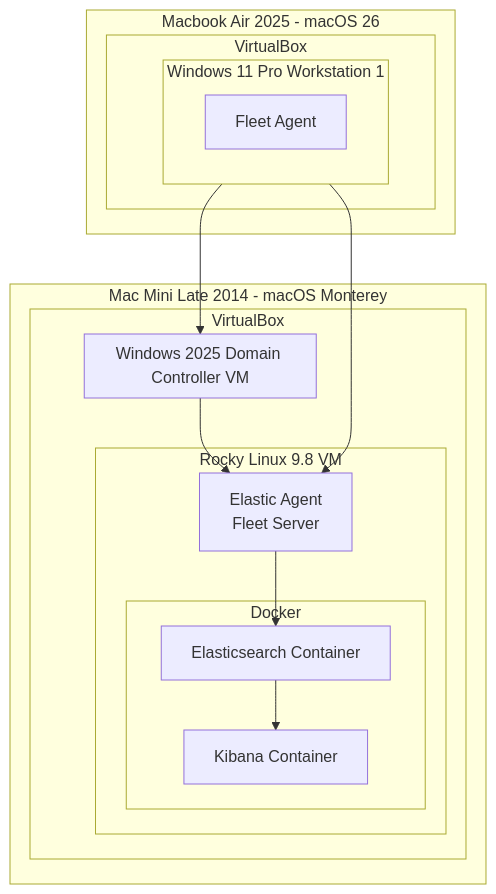
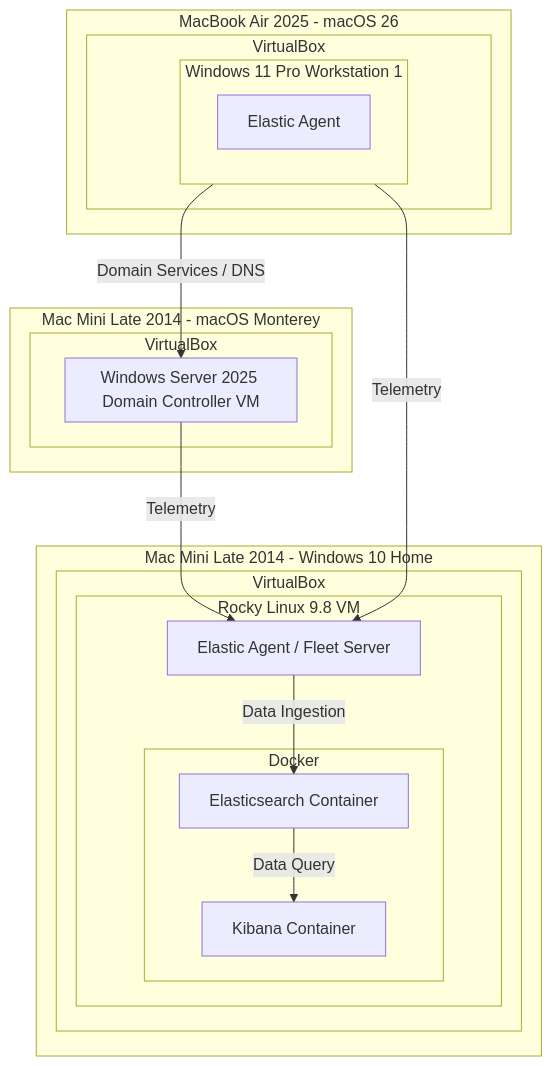
Before and after one commit to terhumphrey/enterprise-security-lab-nist-800-171: the second of 4 diagrams in 01-Architecture.md, drawn with Mermaid. The commit also changed other lines of this file, not shown here.

````diff
--- a/01-Architecture.md
+++ b/01-Architecture.md
@@ -123,29 +137,36 @@
 ```mermaid
 graph TD
-	subgraph MacMini[Mac Mini Late 2014 - macOS Monterey]
-  		subgraph VBOX[VirtualBox]
-  			subgraph ElasticStackVM[Rocky Linux 9.8 VM]
-  				subgraph DockerEngine[Docker]
-  					ES[Elasticsearch Container]
-  					Kibana[Kibana Container]
-  				end
-  				Fleet["Elastic Agent<br/>Fleet Server"]
-  			end
-  			subgraph Win25DC[Windows 2025 Domain Controller VM]
-  			end
-  		end
- 	end
-	subgraph MBA[Macbook Air 2025 - macOS 26]
-		subgraph VBOX2[VirtualBox]
-			subgraph Win11Pro1[Windows 11 Pro Workstation 1]
-				W11P1AG[Fleet Agent]
-			end
-		end
-	end
-	
-	Win11Pro1 --> Win25DC	
-	Win11Pro1 --> Fleet
-	Win25DC --> Fleet
-	Fleet --> ES
-	ES --> Kibana
+
+    subgraph WindowsMacMini["Mac Mini Late 2014 - Windows 10 Home"]
+        subgraph VBOX_ELK["VirtualBox"]
+            subgraph ElasticStackVM["Rocky Linux 9.8 VM"]
+                subgraph DockerEngine["Docker"]
+                    ES["Elasticsearch Container"]
+                    Kibana["Kibana Container"]
+                end
+                Fleet["Elastic Agent / Fleet Server"]
+            end
+        end
+    end
+
+    subgraph MacMini2014["Mac Mini Late 2014 - macOS Monterey"]
+        subgraph VBOX_DC["VirtualBox"]
+            subgraph Win25DC["Windows Server 2025 Domain Controller VM"]
+            end
+        end
+    end
+
+    subgraph MBA["MacBook Air 2025 - macOS 26"]
+        subgraph VBOX_MBA["VirtualBox"]
+            subgraph Win11Pro1["Windows 11 Pro Workstation 1"]
+                W11P1AG["Elastic Agent"]
+            end
+        end
+    end
+
+    Win11Pro1 -->|Domain Services / DNS| Win25DC
+    Win11Pro1 -->|Telemetry| Fleet
+    Win25DC -->|Telemetry| Fleet
+    Fleet -->|Data Ingestion| ES
+    ES -->|Data Query| Kibana
  ```
````
